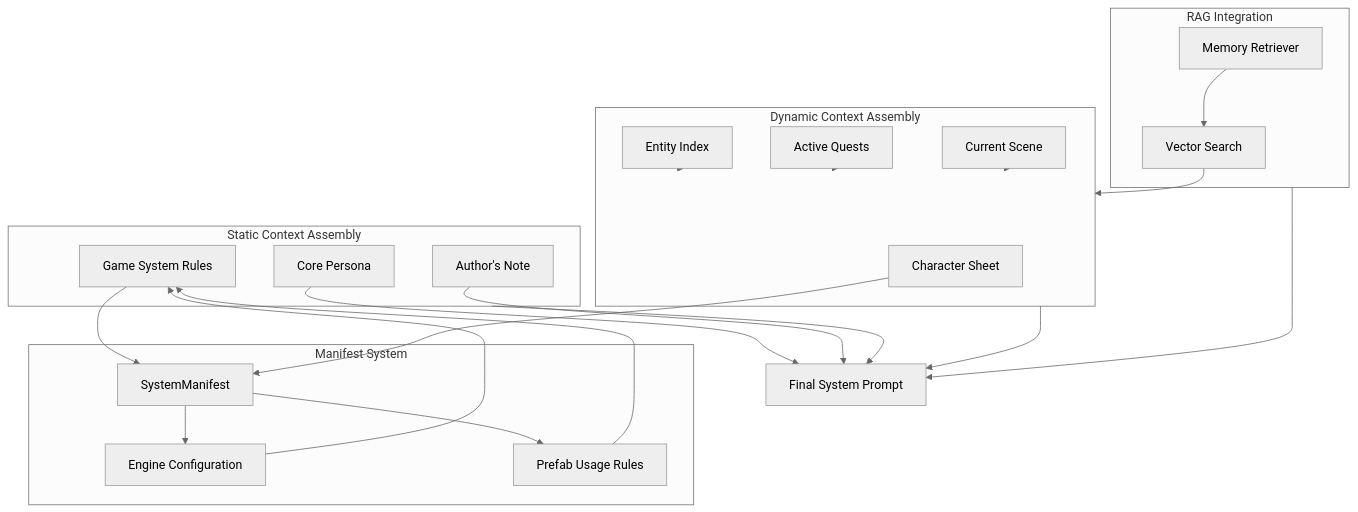
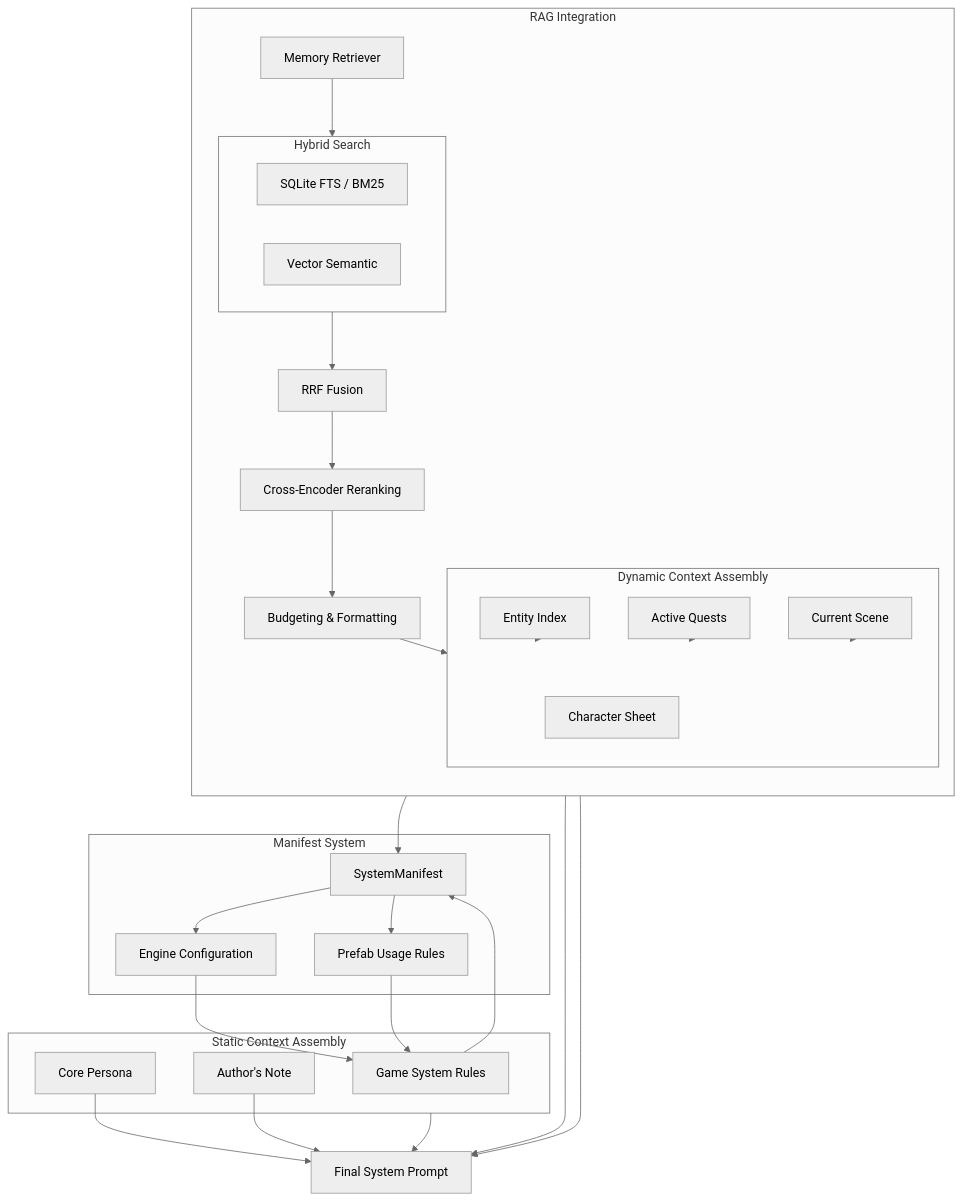
The fifth of 8 diagrams in docs/architecture-flows.md (ThiagoRibas-dev/ai_rpg), drawn with Mermaid (neutral theme) before and after one commit. The commit also changed other lines of this file and 11 other files, not shown here.

Commit message:
feat : minor fixes and formatting. Refactored the memory search system into a Hybrid Search → RRF → Reranking process

````diff
--- a/docs/architecture-flows.md
+++ b/docs/architecture-flows.md
@@ -241,47 +236,60 @@
 ```mermaid
 graph TB
     subgraph StaticContext["Static Context Assembly"]
         Persona[Core Persona]
         Rules[Game System Rules]
         AuthorsNote[Author's Note]
     end
 
     subgraph DynamicContext["Dynamic Context Assembly"]
         EntityIndex[Entity Index]
         Quests[Active Quests]
         Scene[Current Scene]
         Character[Character Sheet]
     end
 
     subgraph RAG["RAG Integration"]
+        direction TB
         MemoryRet[Memory Retriever]
-        VectorSearch[Vector Search]
+        
+        subgraph HybridSearch["Hybrid Search"]
+            direction LR
+            FTS[SQLite FTS / BM25]
+            Semantic[Vector Semantic]
+        end
+        
+        RRF[RRF Fusion]
+        Rerank[Cross-Encoder Reranking]
+        Budget[Budgeting & Formatting]
+
+        MemoryRet --> HybridSearch
+        HybridSearch --> RRF
+        RRF --> Rerank
+        Rerank --> Budget
+        Budget --> DynamicContext
     end
 
     subgraph Manifest["Manifest System"]
         ManifestData[SystemManifest]
         EngineConfig[Engine Configuration]
         PrefabRules[Prefab Usage Rules]
     end
 
     StaticContext --> Prompt[Final System Prompt]
     DynamicContext --> Prompt
     RAG --> Prompt
 
     Persona --> Prompt
     Rules --> ManifestData
     AuthorsNote --> Prompt
 
     EntityIndex --> DynamicContext
     Quests --> DynamicContext
     Scene --> DynamicContext
     Character --> ManifestData
 
     ManifestData --> EngineConfig
     ManifestData --> PrefabRules
     EngineConfig --> Rules
     PrefabRules --> Rules
-
-    MemoryRet --> VectorSearch
-    VectorSearch --> DynamicContext
 ```
````
